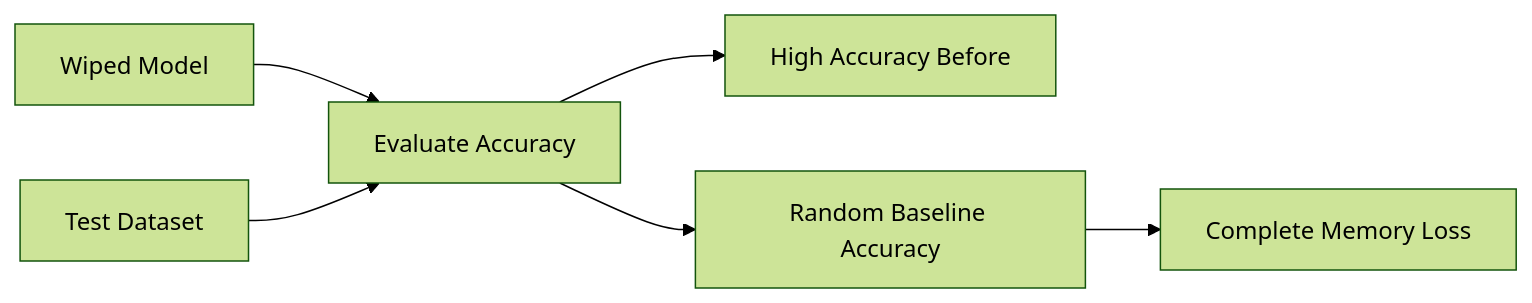
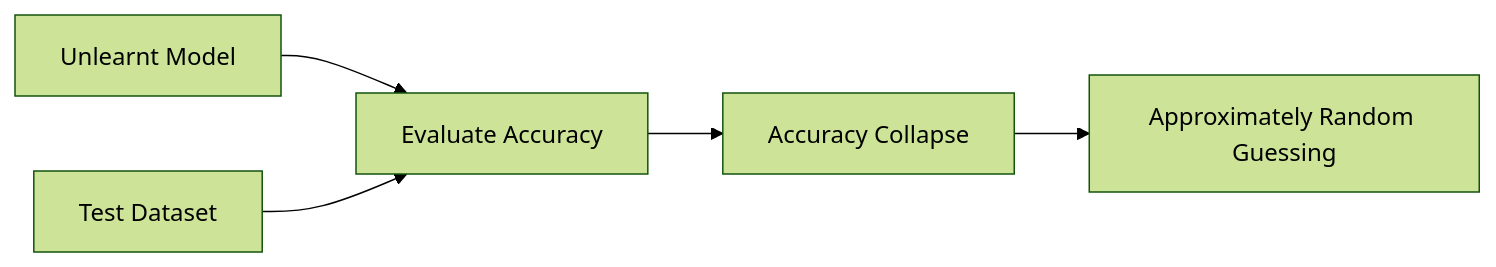
Before and after one commit to cyberdpopsicle-dev/Machine-Learning-Models-: the fourth of 5 diagrams in Model Amnesia (Machine Unlearning)/READme.md, drawn with Mermaid (forest theme). The commit also changed other lines of this file, not shown here.

````diff
--- a/Model Amnesia (Machine Unlearning)/READme.md
+++ b/Model Amnesia (Machine Unlearning)/READme.md
@@ -71,15 +91,12 @@
 ```mermaid
 flowchart LR
-    A[Wiped Model]
+    A[Unlearnt Model]
     B[Test Dataset]
     C[Evaluate Accuracy]
-    D[High Accuracy Before]
-    E[Random Baseline Accuracy]
-    F[Complete Memory Loss]
 
     A --> C
     B --> C
-    C --> D
-    C --> E
-    E --> F
+
+    C --> D[Accuracy Collapse]
+    D --> E[Approximately Random Guessing]
 ```
````
